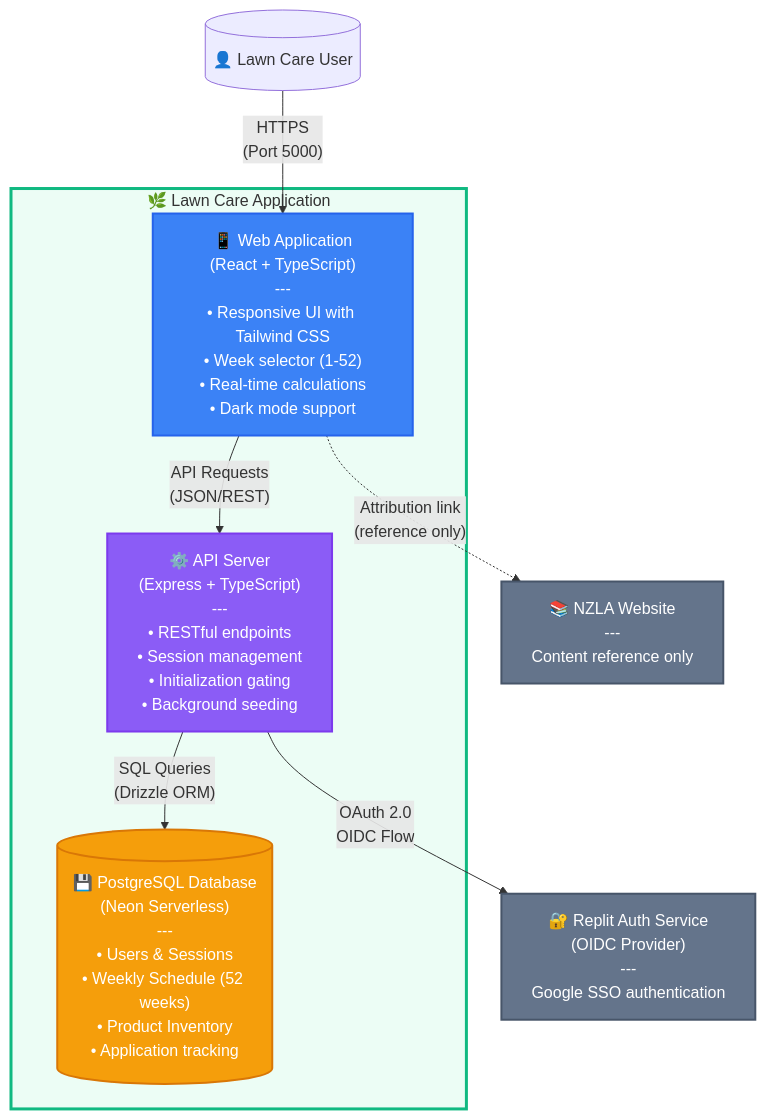
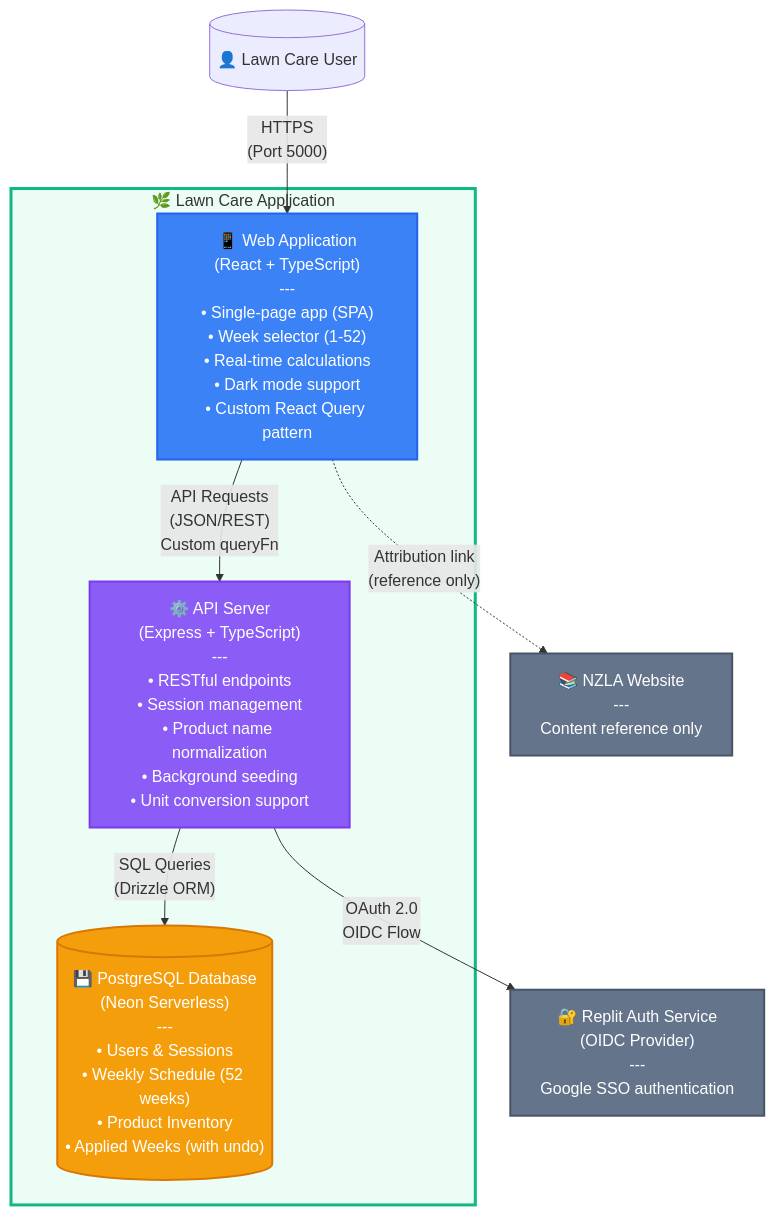
One commit to elliotchisholm/lawn-care-assistant changed the second of 7 diagrams in docs/C4-architecture-diagrams.md. Above: the diagram before and after it, drawn with Mermaid. The commit also changed other lines of this file, not shown here.

First line of the commit message:
Update architecture diagram and database schema for lawn care app

````diff
--- a/docs/C4-architecture-diagrams.md
+++ b/docs/C4-architecture-diagrams.md
@@ -28,29 +28,29 @@
 ```mermaid
 graph TB
     User[("👤 Lawn Care User")]
     
     subgraph LawnCareSystem["🌿 Lawn Care Application"]
-        WebApp["📱 Web Application<br/>(React + TypeScript)<br/>---<br/>• Responsive UI with Tailwind CSS<br/>• Week selector (1-52)<br/>• Real-time calculations<br/>• Dark mode support"]
+        WebApp["📱 Web Application<br/>(React + TypeScript)<br/>---<br/>• Single-page app (SPA)<br/>• Week selector (1-52)<br/>• Real-time calculations<br/>• Dark mode support<br/>• Custom React Query pattern"]
         
-        API["⚙️ API Server<br/>(Express + TypeScript)<br/>---<br/>• RESTful endpoints<br/>• Session management<br/>• Initialization gating<br/>• Background seeding"]
+        API["⚙️ API Server<br/>(Express + TypeScript)<br/>---<br/>• RESTful endpoints<br/>• Session management<br/>• Product name normalization<br/>• Background seeding<br/>• Unit conversion support"]
         
-        DB[("💾 PostgreSQL Database<br/>(Neon Serverless)<br/>---<br/>• Users & Sessions<br/>• Weekly Schedule (52 weeks)<br/>• Product Inventory<br/>• Application tracking")]
+        DB[("💾 PostgreSQL Database<br/>(Neon Serverless)<br/>---<br/>• Users & Sessions<br/>• Weekly Schedule (52 weeks)<br/>• Product Inventory<br/>• Applied Weeks (with undo)")]
     end
     
     ReplitAuth["🔐 Replit Auth Service<br/>(OIDC Provider)<br/>---<br/>Google SSO authentication"]
     
     NZLA["📚 NZLA Website<br/>---<br/>Content reference only"]
     
     User -->|"HTTPS<br/>(Port 5000)"| WebApp
-    WebApp -->|"API Requests<br/>(JSON/REST)"| API
+    WebApp -->|"API Requests<br/>(JSON/REST)<br/>Custom queryFn"| API
     API -->|"SQL Queries<br/>(Drizzle ORM)"| DB
     API -->|"OAuth 2.0<br/>OIDC Flow"| ReplitAuth
     WebApp -.->|"Attribution link<br/>(reference only)"| NZLA
     
     style WebApp fill:#3b82f6,stroke:#2563eb,stroke-width:2px,color:#fff
     style API fill:#8b5cf6,stroke:#7c3aed,stroke-width:2px,color:#fff
     style DB fill:#f59e0b,stroke:#d97706,stroke-width:2px,color:#fff
     style ReplitAuth fill:#64748b,stroke:#475569,stroke-width:2px,color:#fff
     style NZLA fill:#64748b,stroke:#475569,stroke-width:2px,color:#fff
     style LawnCareSystem fill:#ecfdf5,stroke:#10b981,stroke-width:3px
 ```
````
